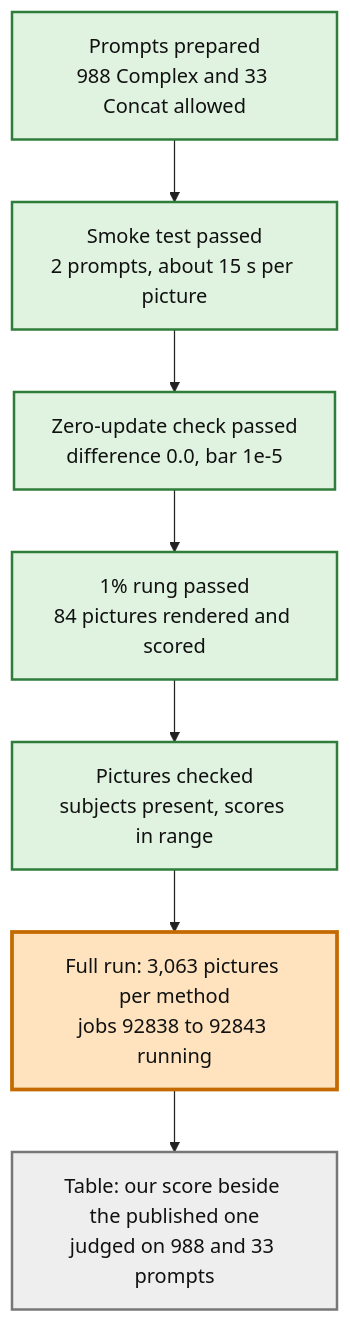
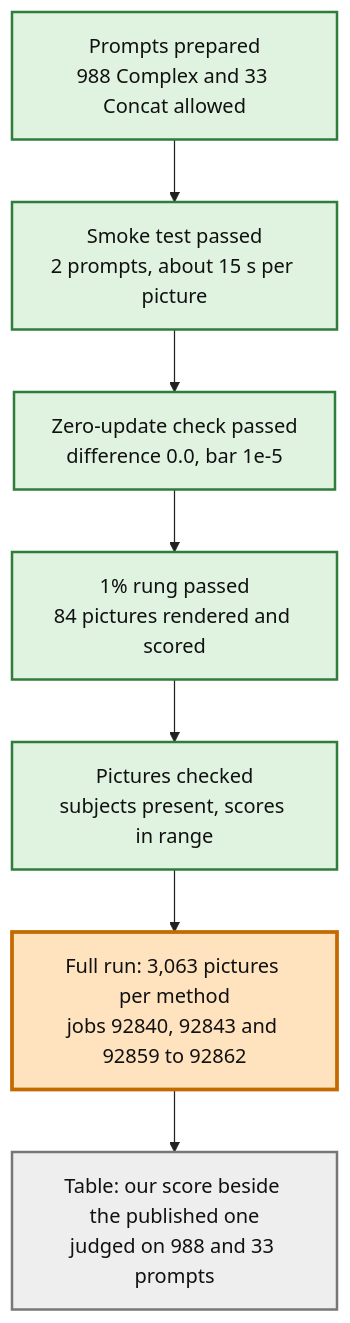
One commit to mo-rsa24/concept-composition changed the diagram in artifacts/notes/progress/reproductions/RTD/where-the-rtd-run-stands.mmd. Above: the diagram before and after it, drawn with Mermaid. The commit also changed 2 other files, not shown here.

```diff
--- a/artifacts/notes/progress/reproductions/RTD/where-the-rtd-run-stands.mmd
+++ b/artifacts/notes/progress/reproductions/RTD/where-the-rtd-run-stands.mmd
@@ -1,13 +1,13 @@
 %%{init: {'theme': 'base', 'themeVariables': {'fontFamily': 'monospace', 'primaryColor': '#ffffff', 'primaryBorderColor': '#222222', 'primaryTextColor': '#111111', 'lineColor': '#222222'}}}%%
 flowchart TD
   A["Prompts prepared<br/>988 Complex and 33 Concat allowed"]:::done
   B["Smoke test passed<br/>2 prompts, about 15 s per picture"]:::done
   C["Zero-update check passed<br/>difference 0.0, bar 1e-5"]:::done
   D["1% rung passed<br/>84 pictures rendered and scored"]:::done
   E["Pictures checked<br/>subjects present, scores in range"]:::done
-  F["Full run: 3,063 pictures per method<br/>jobs 92838 to 92843 running"]:::doing
+  F["Full run: 3,063 pictures per method<br/>jobs 92840, 92843 and 92859 to 92862"]:::doing
   G["Table: our score beside the published one<br/>judged on 988 and 33 prompts"]:::todo
   A --> B --> C --> D --> E --> F --> G
   classDef done fill:#dff3e0,stroke:#2f7d3b,stroke-width:2px,color:#111111
   classDef doing fill:#ffe3bf,stroke:#c46a00,stroke-width:3px,color:#111111
   classDef todo fill:#eeeeee,stroke:#777777,stroke-width:2px,color:#111111
```
